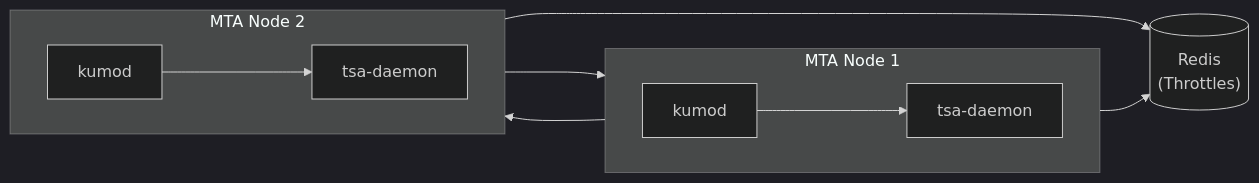
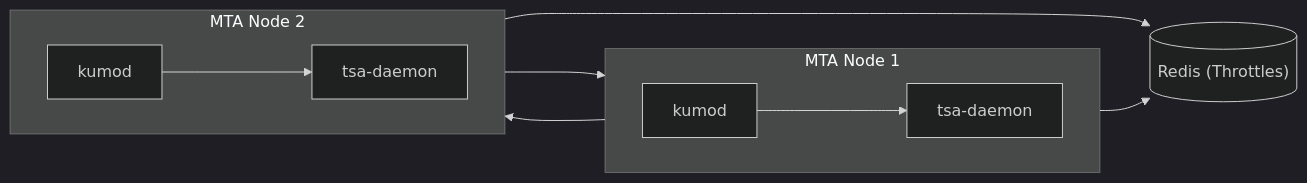
One commit to KumoCorp/kumomta changed the second of 4 diagrams in docs/userguide/clustering/deployment.md. Above: the diagram before and after it, drawn with Mermaid (dark theme).

Commit message:
Typo fix.

````diff
--- a/docs/userguide/clustering/deployment.md
+++ b/docs/userguide/clustering/deployment.md
@@ -32,25 +32,25 @@
 ```mermaid
 flowchart LR
 
 subgraph "MTA Node 1"
     direction LR
     kumod1["kumod"]
     tsa_daemon1["tsa-daemon"]
 end
 
 subgraph "MTA Node 2"
     direction LR
     kumod2["kumod"]
     tsa_daemon2["tsa-daemon"]
 end
 
-redis[("Redis\n(Throttles)")]
+redis[("Redis (Throttles)")]
 
     kumod1 --> redis
     kumod1 ---> tsa_daemon1
     kumod1 ---> tsa_daemon2
     kumod2 --> redis
     kumod2 ---> tsa_daemon2
     kumod2 ---> tsa_daemon1
 
 ```
````
